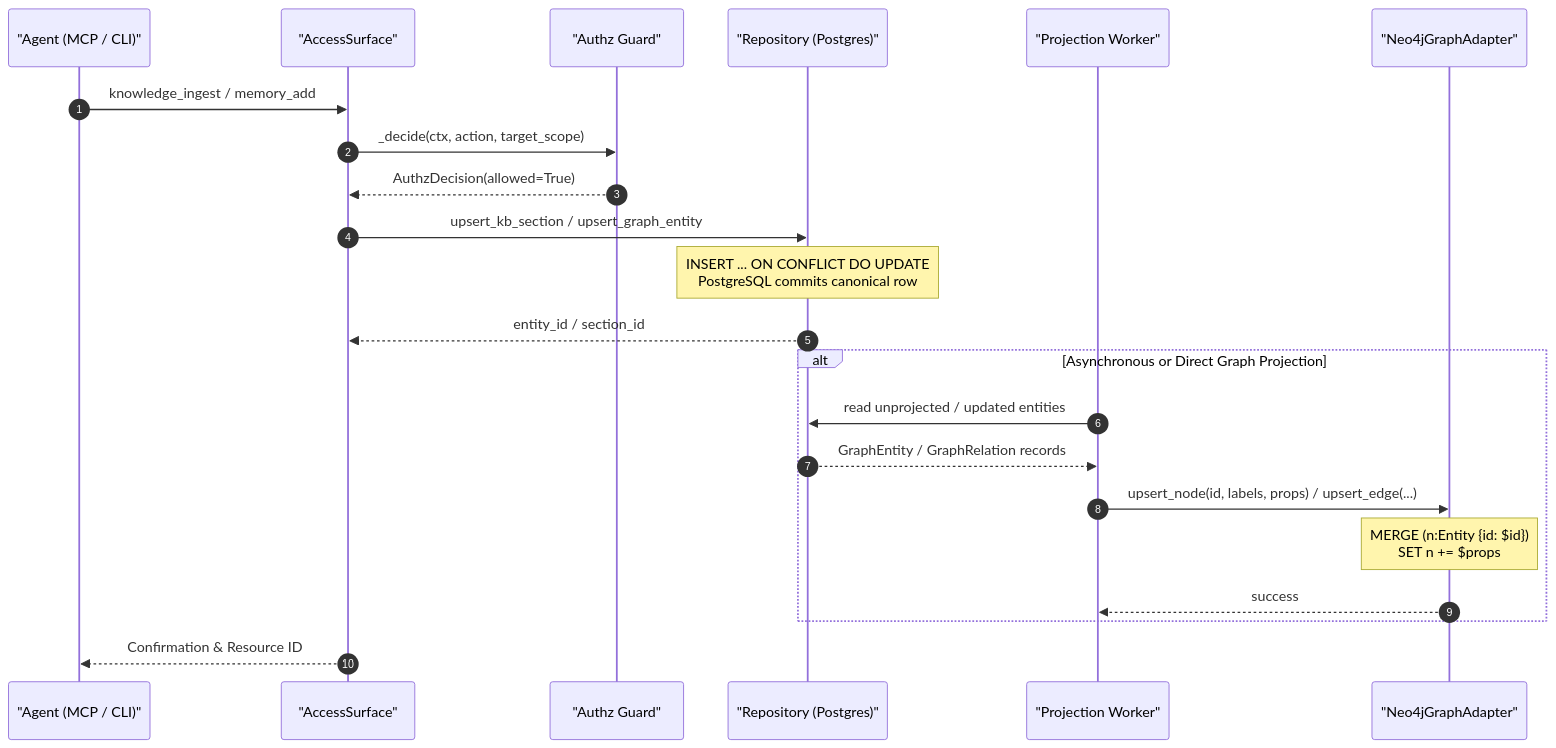
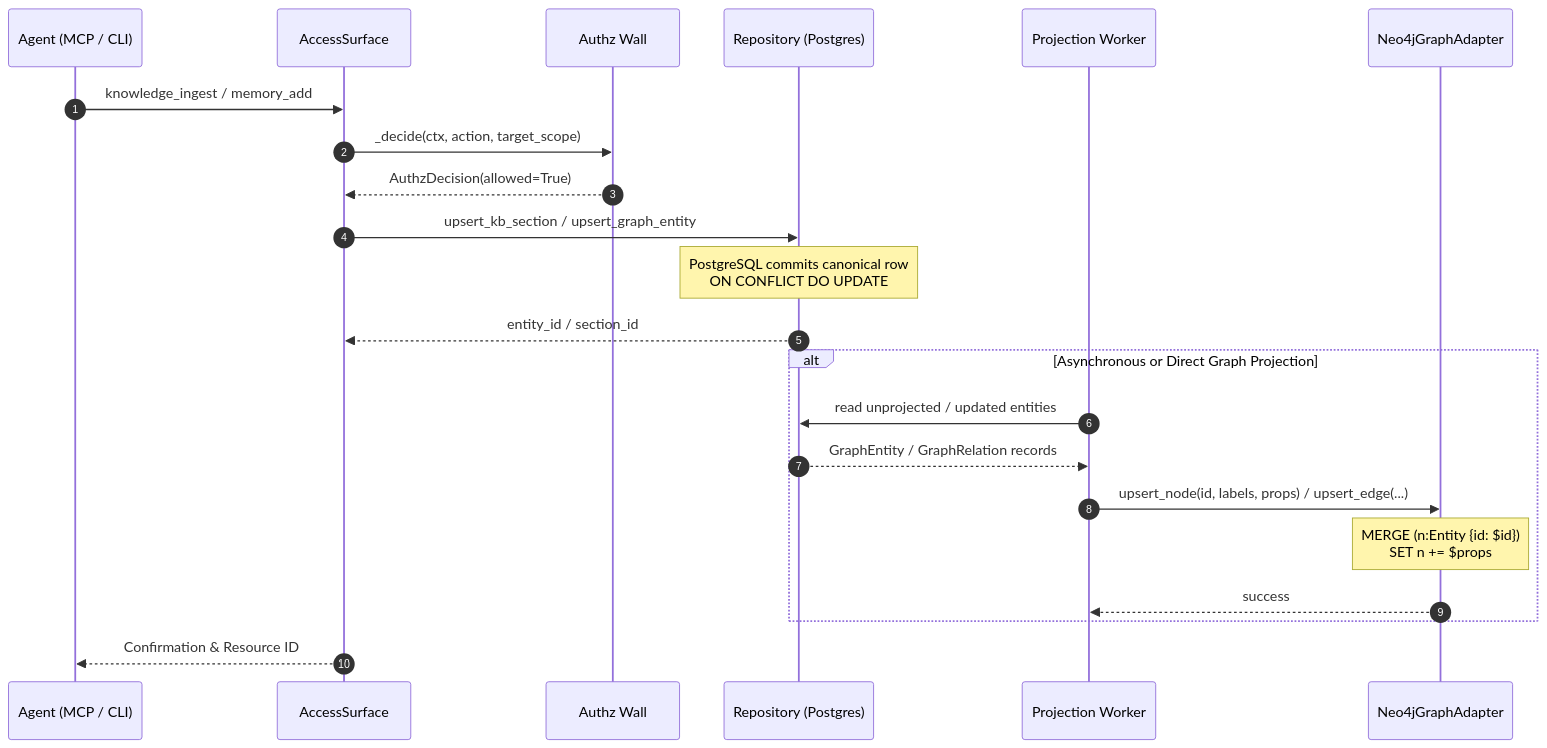
One commit to vladm3105/aidoc-flow-engramory changed the first of 4 diagrams in docs/DATA_FLOW_AND_LIFECYCLE.md. Above: the diagram before and after it, drawn with Mermaid. The commit also changed other lines of this file and 2 other files, not shown here.

First line of the commit message:
docs: detailed sequential dataflow diagrams and narrative explanations (#68)

````diff
--- a/docs/DATA_FLOW_AND_LIFECYCLE.md
+++ b/docs/DATA_FLOW_AND_LIFECYCLE.md
@@ -49,27 +52,27 @@
 ```mermaid
 sequenceDiagram
     autonumber
-    participant Agent as "Agent (MCP / CLI)"
-    participant Surface as "AccessSurface"
-    participant Authz as "Authz Guard"
-    participant Repo as "Repository (Postgres)"
-    participant Worker as "Projection Worker"
-    participant Neo4j as "Neo4jGraphAdapter"
+    participant Agent as Agent (MCP / CLI)
+    participant Surface as AccessSurface
+    participant Authz as Authz Wall
+    participant Repo as Repository (Postgres)
+    participant Worker as Projection Worker
+    participant Neo4j as Neo4jGraphAdapter
 
     Agent->>Surface: knowledge_ingest / memory_add
     Surface->>Authz: _decide(ctx, action, target_scope)
     Authz-->>Surface: AuthzDecision(allowed=True)
     Surface->>Repo: upsert_kb_section / upsert_graph_entity
-    Note over Repo: INSERT ... ON CONFLICT DO UPDATE<br/>PostgreSQL commits canonical row
+    Note over Repo: PostgreSQL commits canonical row<br/>ON CONFLICT DO UPDATE
     Repo-->>Surface: entity_id / section_id
     
     alt Asynchronous or Direct Graph Projection
         Worker->>Repo: read unprojected / updated entities
         Repo-->>Worker: GraphEntity / GraphRelation records
         Worker->>Neo4j: upsert_node(id, labels, props) / upsert_edge(...)
         Note over Neo4j: MERGE (n:Entity {id: $id})<br/>SET n += $props
         Neo4j-->>Worker: success
     end
 
     Surface-->>Agent: Confirmation & Resource ID
 ```
````
